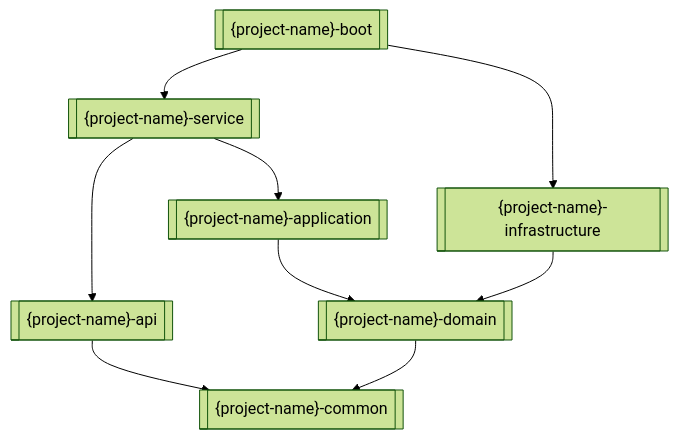
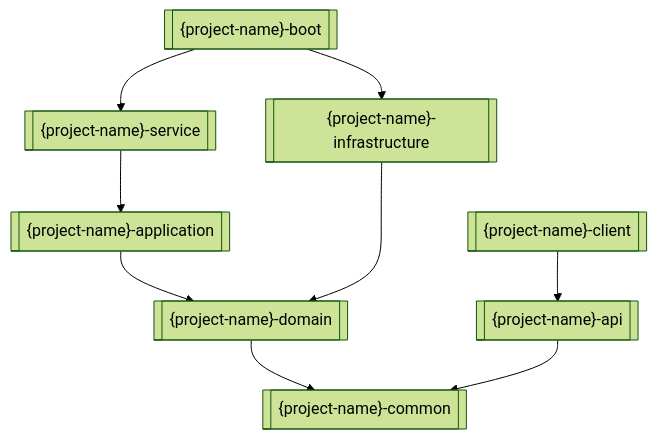
The diagram in .ai/rules/coding/project-structure.md (oleewen/ai-knowledge), drawn with Mermaid (forest theme) before and after one commit. The commit also changed other lines of this file and 8 other files, not shown here.

````diff
--- a/.ai/rules/coding/project-structure.md
+++ b/.ai/rules/coding/project-structure.md
@@ -20,11 +23,11 @@
 ```mermaid
 graph TD
     A[["{project-name}-boot"]] --> B[["{project-name}-service"]]
     A --> C[["{project-name}-infrastructure"]]
-    B --> E[["{project-name}-api"]]
+    H[["{project-name}-client"]] --> E[["{project-name}-api"]]
     B --> D[["{project-name}-application"]]
     D --> F[["{project-name}-domain"]]
     F --> G[["{project-name}-common"]]
     E --> G
-    C --> F
+    C ---> F
 ```
````
